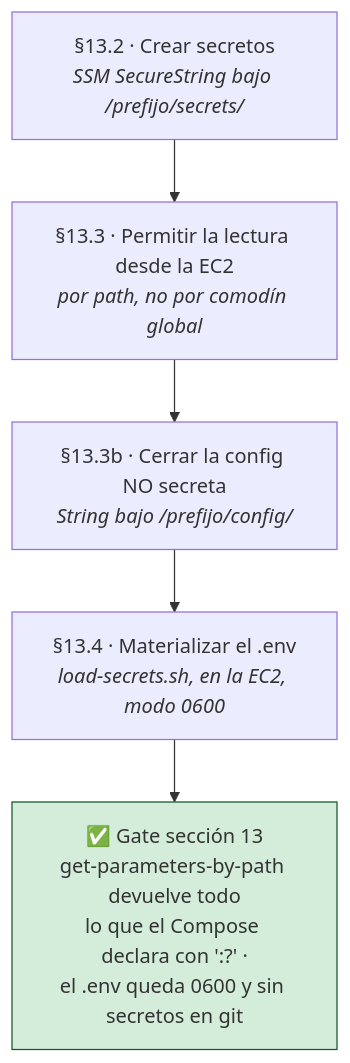
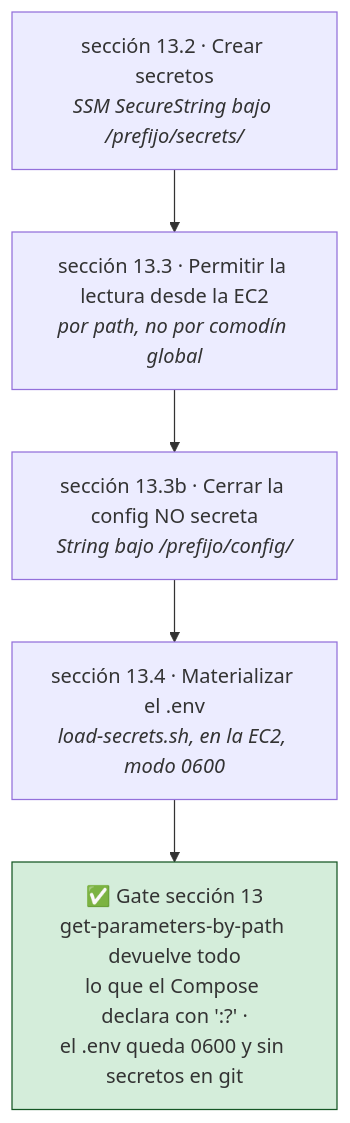
Before and after one commit to abantodca/pyspark_stack: the eighth of 10 diagrams in docs/02-produccion-aws-terraform.md, drawn with Mermaid. The commit also changed other lines of this file and 1 other file, not shown here.

````diff
--- a/docs/02-produccion-aws-terraform.md
+++ b/docs/02-produccion-aws-terraform.md
@@ -6463,12 +6460,12 @@
 ```mermaid
 flowchart TD
-    H1["§13.2 · Crear secretos<br/><i>SSM SecureString bajo /prefijo/secrets/</i>"]
-    H2["§13.3 · Permitir la lectura desde la EC2<br/><i>por path, no por comodín global</i>"]
-    H3["§13.3b · Cerrar la config NO secreta<br/><i>String bajo /prefijo/config/</i>"]
-    H4["§13.4 · Materializar el .env<br/><i>load-secrets.sh, en la EC2, modo 0600</i>"]
+    H1["sección 13.2 · Crear secretos<br/><i>SSM SecureString bajo /prefijo/secrets/</i>"]
+    H2["sección 13.3 · Permitir la lectura desde la EC2<br/><i>por path, no por comodín global</i>"]
+    H3["sección 13.3b · Cerrar la config NO secreta<br/><i>String bajo /prefijo/config/</i>"]
+    H4["sección 13.4 · Materializar el .env<br/><i>load-secrets.sh, en la EC2, modo 0600</i>"]
     GATE["✅ Gate sección 13<br/>get-parameters-by-path devuelve todo<br/>lo que el Compose declara con ':?' ·<br/>el .env queda 0600 y sin secretos en git"]
 
     H1 --> H2 --> H3 --> H4 --> GATE
 
     style GATE fill:#d4edda,stroke:#155724
 ```
````
